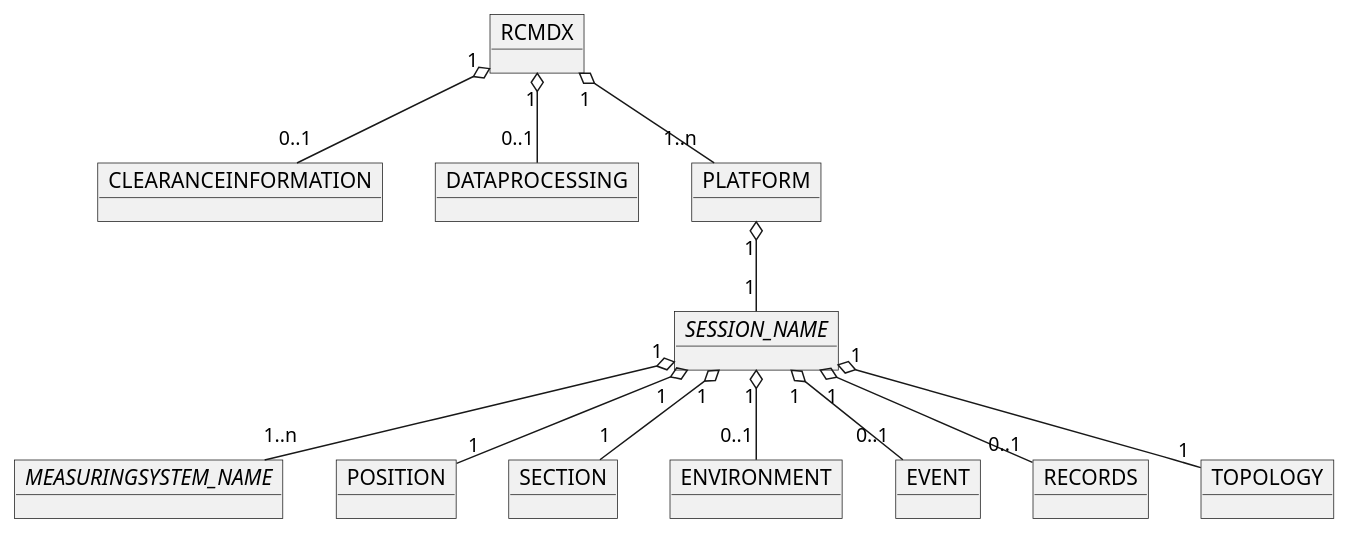
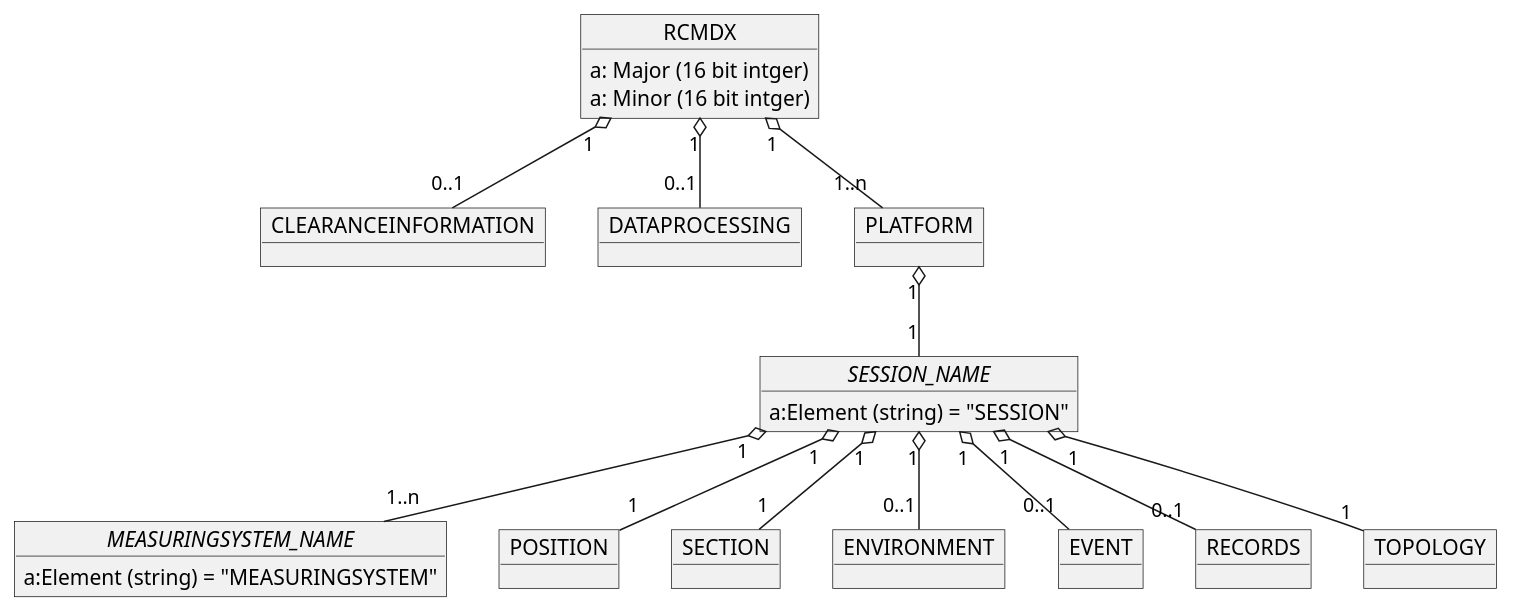
Before and after one commit to OpenRailAssociation/rcm-dx: the second of 9 diagrams in images/RCM-DX_images.puml, drawn with PlantUML. The commit also changed other lines of this file and 1 other file, not shown here.

```diff
--- a/images/RCM-DX_images.puml
+++ b/images/RCM-DX_images.puml
@@ -47,37 +44,44 @@
 @startuml RCM_DX_Structure
 
-  object RCMDX
+  object RCMDX {
+    a: Major (16 bit intger)
+    a: Minor (16 bit intger)
+  }
 
-  object "//SESSION_NAME//" as session_name
+  object "//SESSION_NAME//" as session_name {
+    a:Element (string) = "SESSION"
+  }
 
-  object "//MEASURINGSYSTEM_NAME//" as measuringsystem_name
+  object "//MEASURINGSYSTEM_NAME//" as measuringsystem_name {
+    a:Element (string) = "MEASURINGSYSTEM"
+  }
 
   object CLEARANCEINFORMATION
   object DATAPROCESSING
 
   object PLATFORM
 
   object POSITION
   object SECTION
   
   object ENVIRONMENT
 
   object EVENT
   object RECORDS
 
   object TOPOLOGY
 
   RCMDX "1" o-- "1..n" PLATFORM
   RCMDX "1" o-- "0..1" CLEARANCEINFORMATION
   RCMDX "1" o-- "0..1" DATAPROCESSING
   
   PLATFORM "1" o-- "1" session_name
   session_name "1" o-- "1" POSITION
   session_name "1" o-- "0..1" ENVIRONMENT
   session_name "1" o-- "1..n" measuringsystem_name
   session_name "1" o-- "0..1" EVENT
   session_name "1" o-- "0..1" RECORDS
   session_name "1" o-- "1" TOPOLOGY
   session_name "1" o-- "1" SECTION
   
 @enduml
```
